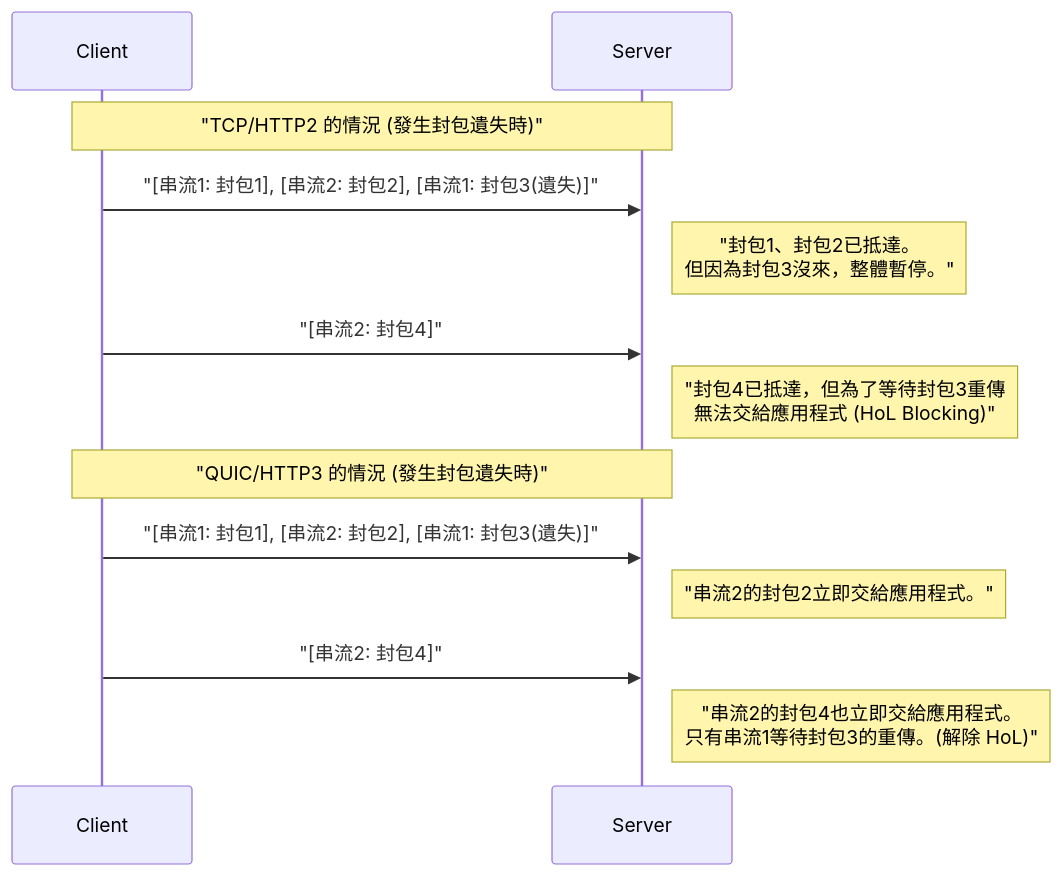
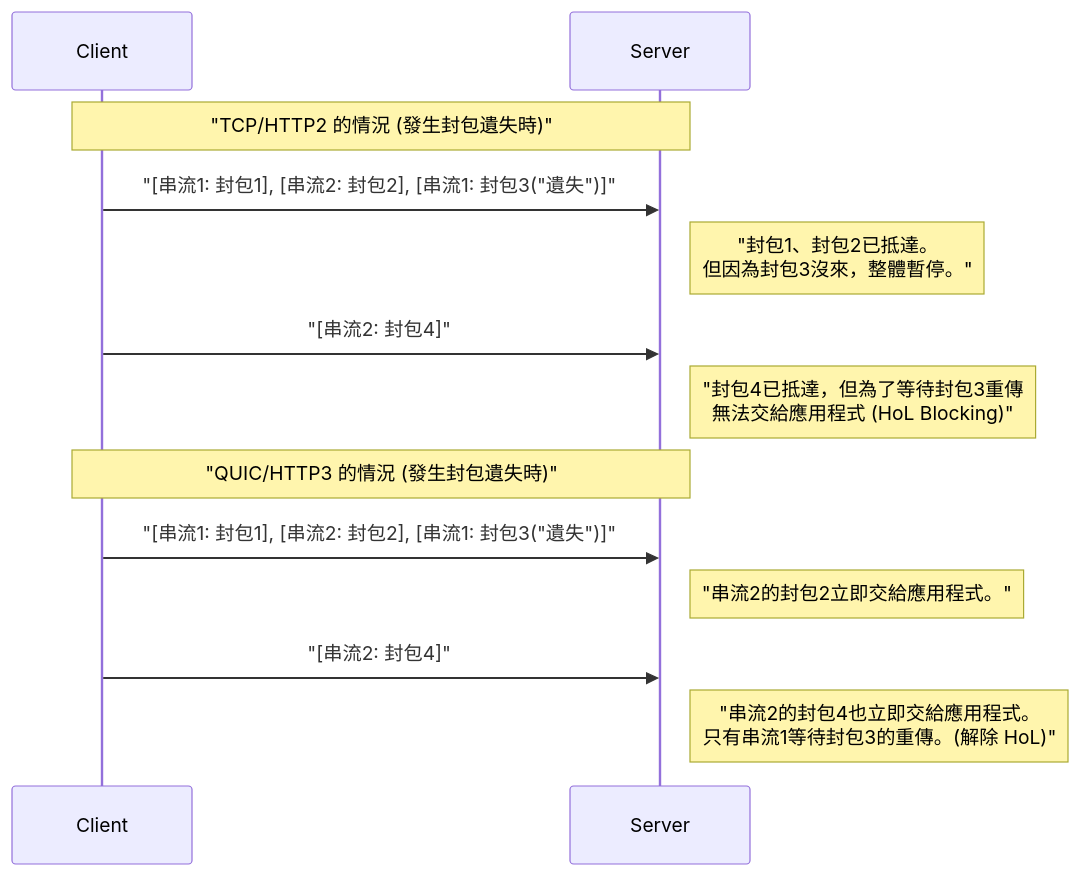
The third of 4 diagrams in content/post/http3-quic-protocol-tcp-udp/index.zh-tw.md (kenjinote/blog), drawn with Mermaid before and after one commit. The commit also changed 929 other files, not shown here.

Commit message:
fix: Add double quotes to all Mermaid node texts to resolve syntax errors

````diff
--- a/content/post/http3-quic-protocol-tcp-udp/index.zh-tw.md
+++ b/content/post/http3-quic-protocol-tcp-udp/index.zh-tw.md
@@ -143,17 +143,17 @@
 ```mermaid
 sequenceDiagram
     participant Client
     participant Server
     
     Note over Client, Server: "TCP/HTTP2 的情況 (發生封包遺失時)"
-    Client->>Server: "[串流1: 封包1], [串流2: 封包2], [串流1: 封包3(遺失)]"
+    Client->>Server: "[串流1: 封包1], [串流2: 封包2], [串流1: 封包3("遺失")]"
     Note right of Server: "封包1、封包2已抵達。<br/>但因為封包3沒來，整體暫停。"
     Client->>Server: "[串流2: 封包4]"
     Note right of Server: "封包4已抵達，但為了等待封包3重傳<br/>無法交給應用程式 (HoL Blocking)"
     
     Note over Client, Server: "QUIC/HTTP3 的情況 (發生封包遺失時)"
-    Client->>Server: "[串流1: 封包1], [串流2: 封包2], [串流1: 封包3(遺失)]"
+    Client->>Server: "[串流1: 封包1], [串流2: 封包2], [串流1: 封包3("遺失")]"
     Note right of Server: "串流2的封包2立即交給應用程式。"
     Client->>Server: "[串流2: 封包4]"
     Note right of Server: "串流2的封包4也立即交給應用程式。<br/>只有串流1等待封包3的重傳。(解除 HoL)"
 ```
````
